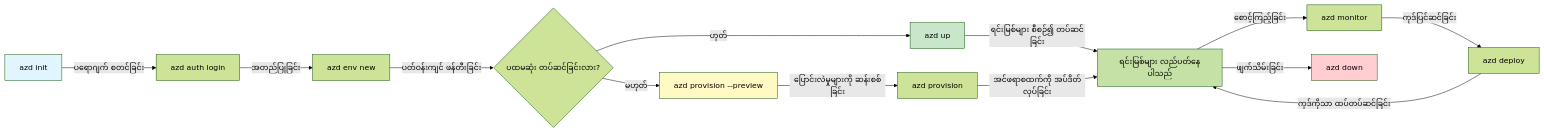
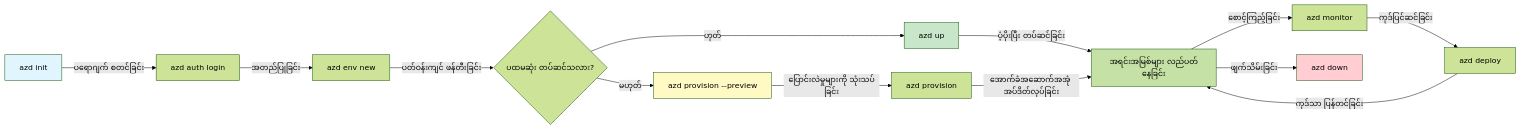
One commit to microsoft/AZD-for-beginners changed the first of 2 diagrams in translations/my/docs/chapter-01-foundation/azd-basics.md. Above: the diagram before and after it, drawn with Mermaid (forest theme). The commit also changed other lines of this file and 101 other files, not shown here.

````diff
--- a/translations/my/docs/chapter-01-foundation/azd-basics.md
+++ b/translations/my/docs/chapter-01-foundation/azd-basics.md
@@ -269,21 +269,21 @@
 ```mermaid
 graph LR
     A[azd init] -->|ပရောဂျက် စတင်ခြင်း| B[azd auth login]
     B -->|အတည်ပြုခြင်း| C[azd env new]
-    C -->|ပတ်ဝန်းကျင် ဖန်တီးခြင်း| D{ပထမဆုံး တပ်ဆင်ခြင်းလား?}
+    C -->|ပတ်ဝန်းကျင် ဖန်တီးခြင်း| D{ပထမဆုံး တပ်ဆင်သလား?}
     D -->|ဟုတ်| E[azd up]
     D -->|မဟုတ်| F[azd provision --preview]
-    F -->|ပြောင်းလဲမှုများကို ဆန်းစစ်ခြင်း| G[azd provision]
-    E -->|ရင်းမြစ်များ စီစဉ်၍ တပ်ဆင်ခြင်း| H[ရင်းမြစ်များ လည်ပတ်နေပါသည်]
-    G -->|အင်ဖရာစထက်ကို အပ်ဒိတ်လုပ်ခြင်း| H
+    F -->|ပြောင်းလဲမှုများကို သုံးသပ်ခြင်း| G[azd provision]
+    E -->|ပံ့ပိုးပြီး တပ်ဆင်ခြင်း| H[အရင်းအမြစ်များ လည်ပတ်နေခြင်း]
+    G -->|အောက်ခံအဆောက်အအုံ အပ်ဒိတ်လုပ်ခြင်း| H
     H -->|စောင့်ကြည့်ခြင်း| I[azd monitor]
     I -->|ကုဒ်ပြင်ဆင်ခြင်း| J[azd deploy]
-    J -->|ကုဒ်ကိုသာ ထပ်တပ်ဆင်ခြင်း| H
+    J -->|ကုဒ်သာ ပြန်တင်ခြင်း| H
     H -->|ဖျက်သိမ်းခြင်း| K[azd down]
     
     style A fill:#e1f5fe
     style E fill:#c8e6c9
     style F fill:#fff9c4
     style H fill:#c5e1a5
     style K fill:#ffcdd2
 ```
````
